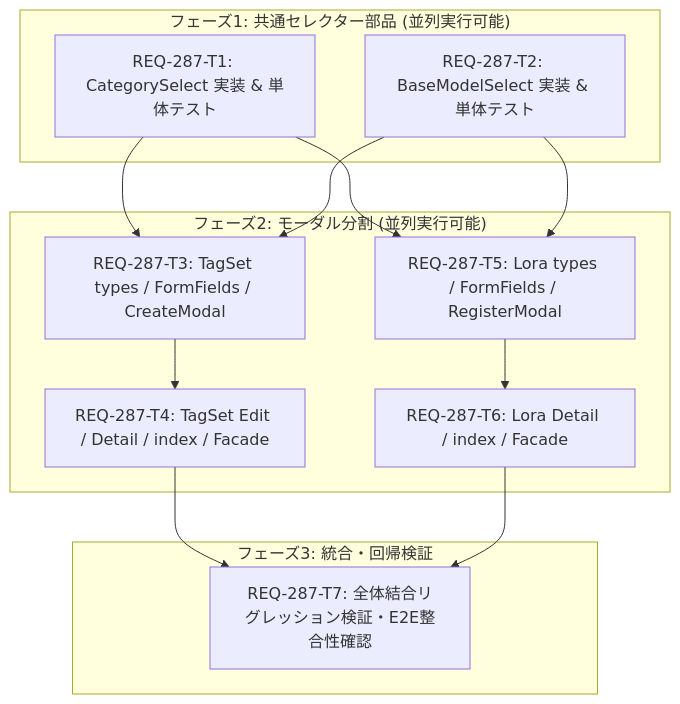
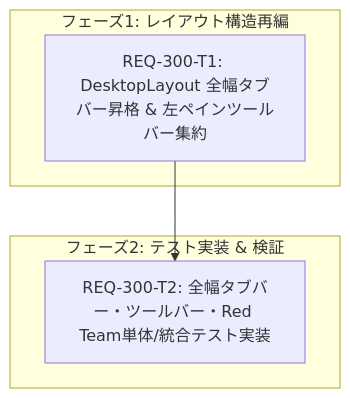
One commit to TAKE4548/comfy-create-helper2 changed the diagram in implementation_plan.md. Above: the diagram before and after it, drawn with Mermaid. The commit also changed other lines of this file and 8 other files, not shown here.

Commit message:
feat(REQ-300): complete implementation and verification

````diff
--- a/implementation_plan.md
+++ b/implementation_plan.md
@@ -37,27 +24,12 @@
 ```mermaid
 graph TD
-  subgraph Phase1_Common["フェーズ1: 共通セレクター部品 (並列実行可能)"]
-    T1["REQ-287-T1: CategorySelect 実装 & 単体テスト"]
-    T2["REQ-287-T2: BaseModelSelect 実装 & 単体テスト"]
+  subgraph Phase1_Layout["フェーズ1: レイアウト構造再編"]
+    T1["REQ-300-T1: DesktopLayout 全幅タブバー昇格 & 左ペインツールバー集約"]
   end
 
-  subgraph Phase2_Modals["フェーズ2: モーダル分割 (並列実行可能)"]
-    T3["REQ-287-T3: TagSet types / FormFields / CreateModal"]
-    T5["REQ-287-T5: Lora types / FormFields / RegisterModal"]
-    T4["REQ-287-T4: TagSet Edit / Detail / index / Facade"]
-    T6["REQ-287-T6: Lora Detail / index / Facade"]
+  subgraph Phase2_TestVerification["フェーズ2: テスト実装 & 検証"]
+    T2["REQ-300-T2: 全幅タブバー・ツールバー・Red Team単体/統合テスト実装"]
   end
 
-  subgraph Phase3_Verification["フェーズ3: 統合・回帰検証"]
-    T7["REQ-287-T7: 全体結合リグレッション検証・E2E整合性確認"]
-  end
-
-  T1 --> T3
-  T2 --> T3
-  T1 --> T5
-  T2 --> T5
-  T3 --> T4
-  T5 --> T6
-  T4 --> T7
-  T6 --> T7
+  T1 --> T2
 ```
````
